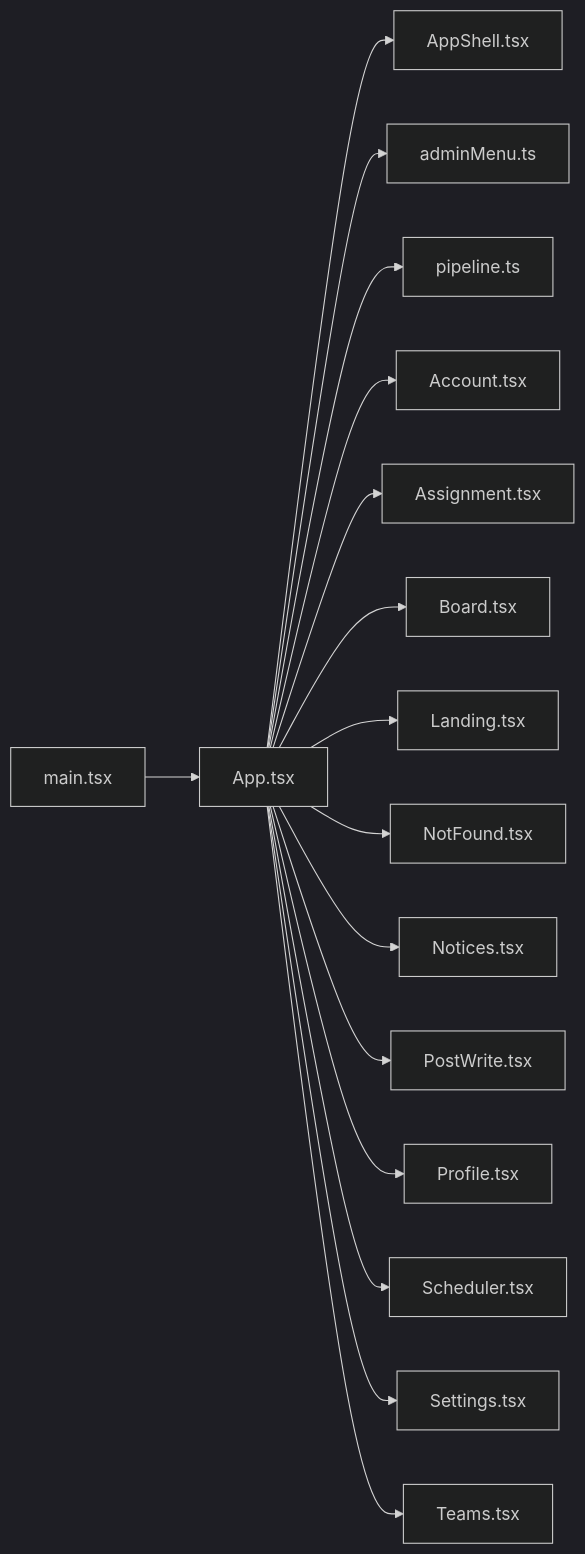
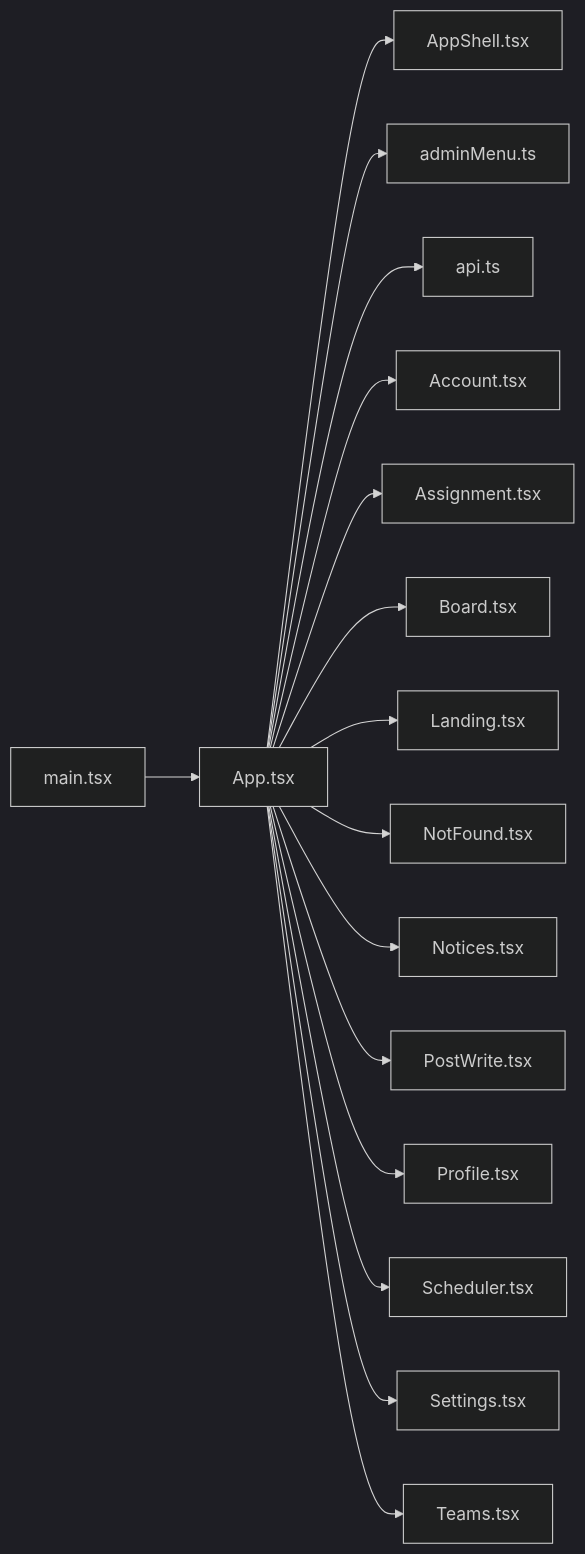
The diagram in .cluedoc/graph/frontend/src/App.md (minkong-dev/Banblit), drawn with Mermaid (dark theme) before and after one commit. The commit also changed other lines of this file and 56 other files, not shown here.

Commit message:
frontend: import pure lib functions from their own files instead of through pipeline

````diff
--- a/.cluedoc/graph/frontend/src/App.md
+++ b/.cluedoc/graph/frontend/src/App.md
@@ -10,19 +10,19 @@
 ```mermaid
 flowchart LR
   frontend_src_App["App.tsx"]
   frontend_src_App --> frontend_src_components_AppShell["AppShell.tsx"]
   frontend_src_App --> frontend_src_lib_adminMenu["adminMenu.ts"]
-  frontend_src_App --> frontend_src_lib_pipeline["pipeline.ts"]
+  frontend_src_App --> frontend_src_lib_api["api.ts"]
   frontend_src_App --> frontend_src_routes_Account["Account.tsx"]
   frontend_src_App --> frontend_src_routes_Assignment["Assignment.tsx"]
   frontend_src_App --> frontend_src_routes_Board["Board.tsx"]
   frontend_src_App --> frontend_src_routes_Landing["Landing.tsx"]
   frontend_src_App --> frontend_src_routes_NotFound["NotFound.tsx"]
   frontend_src_App --> frontend_src_routes_Notices["Notices.tsx"]
   frontend_src_App --> frontend_src_routes_PostWrite["PostWrite.tsx"]
   frontend_src_App --> frontend_src_routes_Profile["Profile.tsx"]
   frontend_src_App --> frontend_src_routes_Scheduler["Scheduler.tsx"]
   frontend_src_App --> frontend_src_routes_Settings["Settings.tsx"]
   frontend_src_App --> frontend_src_routes_Teams["Teams.tsx"]
   frontend_src_main["main.tsx"] --> frontend_src_App
 ```
````
